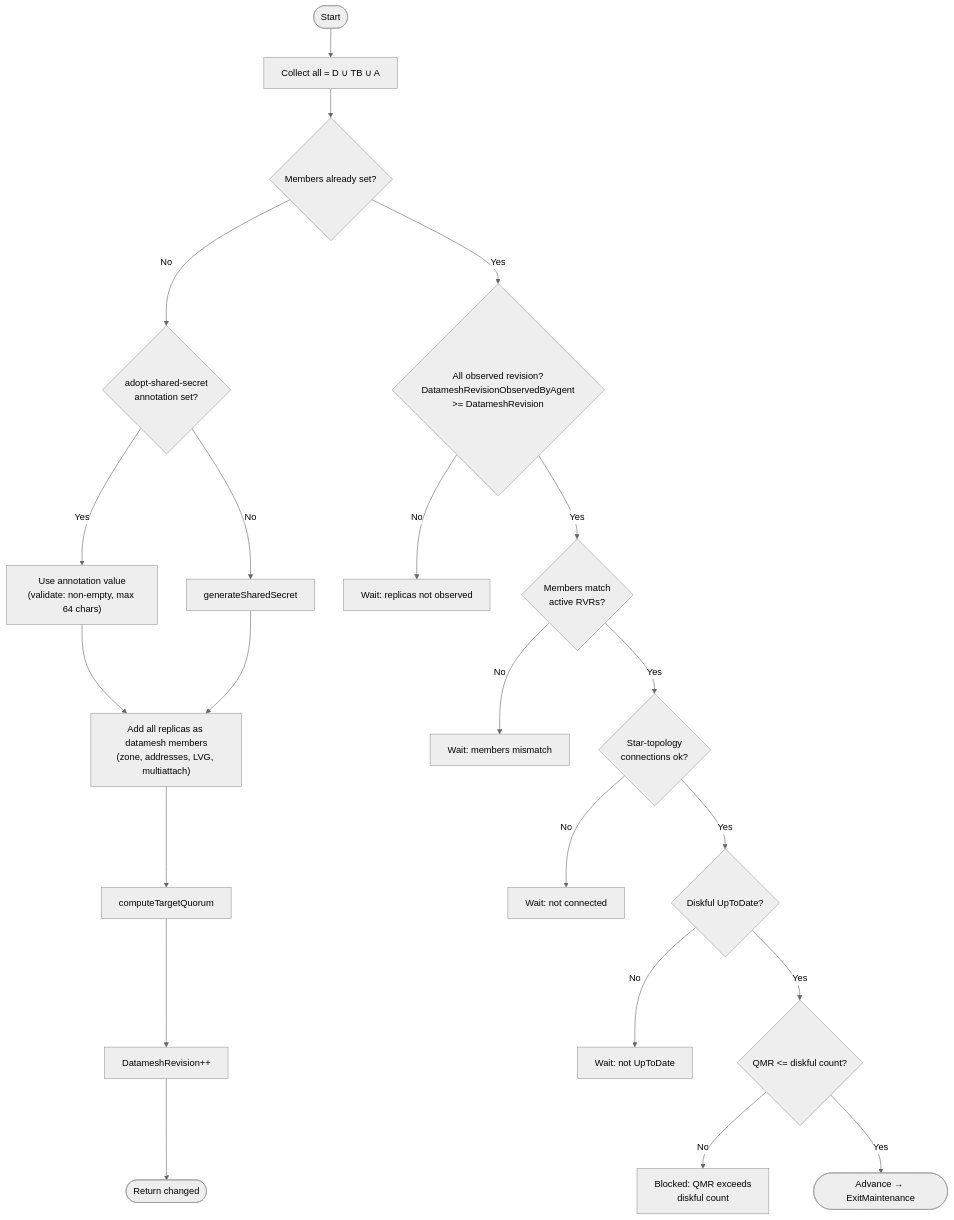
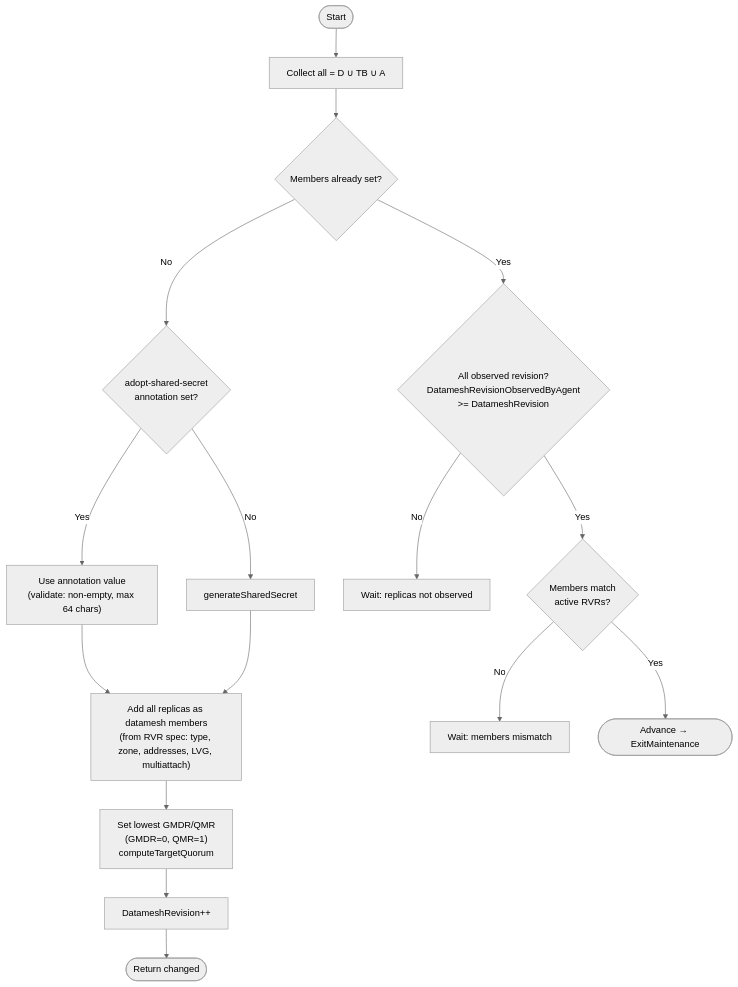
One commit to deckhouse/sds-replicated-volume changed the ninth of 12 diagrams in images/controller/internal/controllers/rv_controller/README.md. Above: the diagram before and after it, drawn with Mermaid (neutral theme). The commit also changed other lines of this file and 80 other files, not shown here.

````diff
--- a/images/controller/internal/controllers/rv_controller/README.md
+++ b/images/controller/internal/controllers/rv_controller/README.md
@@ -791,31 +763,22 @@
 ```mermaid
 flowchart TD
     Start([Start]) --> CollectAll["Collect all = D ∪ TB ∪ A"]
 
     CollectAll --> CheckMembers{Members already set?}
     CheckMembers -->|No| CheckAnnotation{"adopt-shared-secret<br/>annotation set?"}
     CheckAnnotation -->|Yes| UseAnnotation["Use annotation value<br/>(validate: non-empty, max 64 chars)"]
     CheckAnnotation -->|No| GenSecret[generateSharedSecret]
-    UseAnnotation --> AddMembers["Add all replicas as datamesh members<br/>(zone, addresses, LVG, multiattach)"]
+    UseAnnotation --> AddMembers["Add all replicas as datamesh members<br/>(from RVR spec: type, zone, addresses, LVG, multiattach)"]
     GenSecret --> AddMembers
-    AddMembers --> SetQuorum[computeTargetQuorum]
+    AddMembers --> SetQuorum["Set lowest GMDR/QMR<br/>(GMDR=0, QMR=1)<br/>computeTargetQuorum"]
     SetQuorum --> IncrRevision["DatameshRevision++"]
     IncrRevision --> ReturnChanged([Return changed])
 
     CheckMembers -->|Yes| CheckObserved{"All observed revision?<br/>DatameshRevisionObservedByAgent<br/>>= DatameshRevision"}
     CheckObserved -->|No| WaitObserved["Wait: replicas not observed"]
 
     CheckObserved -->|Yes| CheckMembersMatch{Members match<br/>active RVRs?}
     CheckMembersMatch -->|No| WaitMismatch["Wait: members mismatch"]
 
-    CheckMembersMatch -->|Yes| CheckConnected{"Star-topology<br/>connections ok?"}
-    CheckConnected -->|No| WaitConn["Wait: not connected"]
-
-    CheckConnected -->|Yes| CheckUpToDate{Diskful UpToDate?}
-    CheckUpToDate -->|No| WaitUTD["Wait: not UpToDate"]
-
-    CheckUpToDate -->|Yes| CheckQMR{"QMR <= diskful count?"}
-    CheckQMR -->|No| WaitQMR["Blocked: QMR exceeds<br/>diskful count"]
-
-    CheckQMR -->|Yes| Advance(["Advance → ExitMaintenance"])
+    CheckMembersMatch -->|Yes| Advance(["Advance → ExitMaintenance"])
 ```
````
